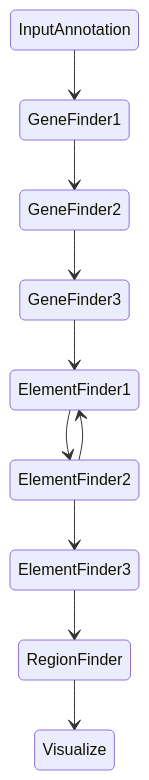
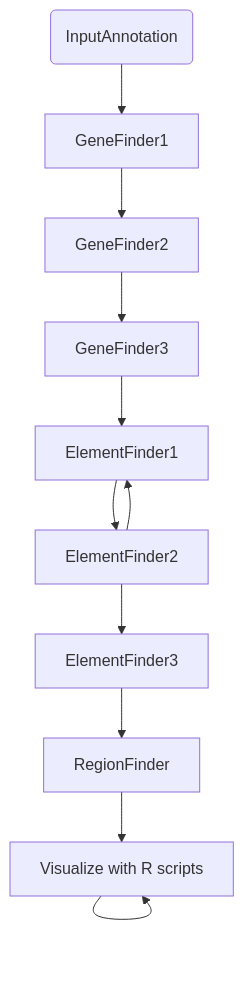
Before and after one commit to collaborativebioinformatics/starfishDiscovery: the first of 2 diagrams in README.md, drawn with Mermaid. The commit also changed other lines of this file, not shown here.

Commit message:
updated flowchart

````diff
--- a/README.md
+++ b/README.md
@@ -17,12 +17,13 @@
 ```mermaid
-stateDiagram-v2
-InputAnnotation --> GeneFinder1
-GeneFinder1 --> GeneFinder2
-GeneFinder2 --> GeneFinder3
-GeneFinder3 --> ElementFinder1
-ElementFinder1 --> ElementFinder2
-ElementFinder2 --> ElementFinder1
-ElementFinder2 --> ElementFinder3
-ElementFinder3 --> RegionFinder
-RegionFinder --> Visualize
+flowchart TB
+A(InputAnnotation) --> B[GeneFinder1]
+B --> C[GeneFinder2]
+C --> D[GeneFinder3]
+D --> E[ElementFinder1]
+E --> F[ElementFinder2]
+F --> E
+F --> G[ElementFinder3]
+G --> H[RegionFinder]
+H --> I[Visualize with R scripts]
+I --> I
 ```
````
